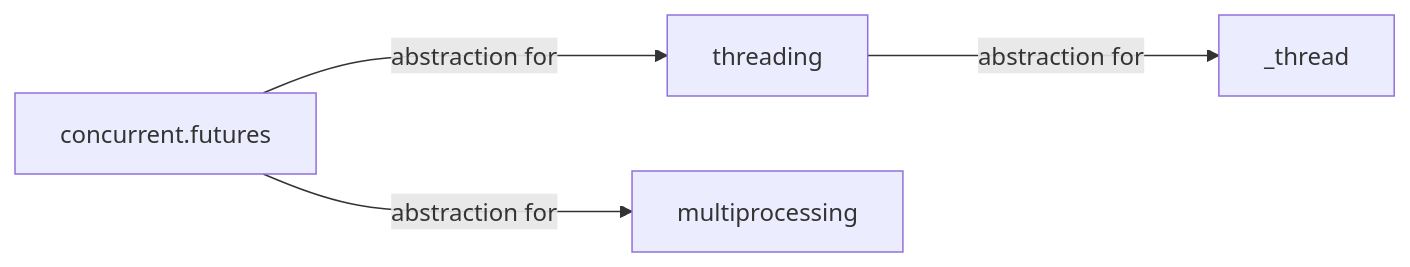
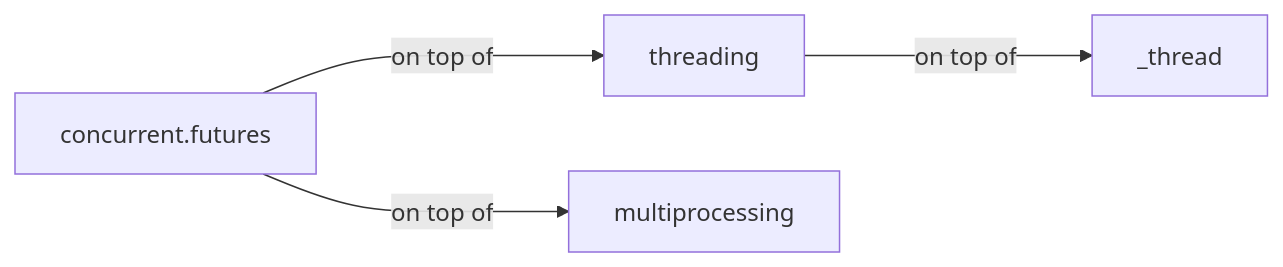
Before and after one commit to copdips/copdips.github.io: the diagram in _posts/2021/2021-09-04-python-asyncio.md, drawn with Mermaid. The commit also changed other lines of this file and 1 other file, not shown here.

Commit message:
test mermaid link text

````diff
--- a/_posts/2021/2021-09-04-python-asyncio.md
+++ b/_posts/2021/2021-09-04-python-asyncio.md
@@ -24,7 +24,7 @@
 ```mermaid!
 flowchart LR
-  concurrent.futures ---> |abstraction for| threading
-  concurrent.futures ---> |abstraction for| multiprocessing
-  threading ---> |abstraction for| _thread
+  concurrent.futures --->| on top of | threading
+  concurrent.futures --->| on top of | multiprocessing
+  threading --->| on top of | _thread
   click concurrent.futures "https://docs.python.org/3.9/library/concurrent.futures.html" _blank
 ```
````
